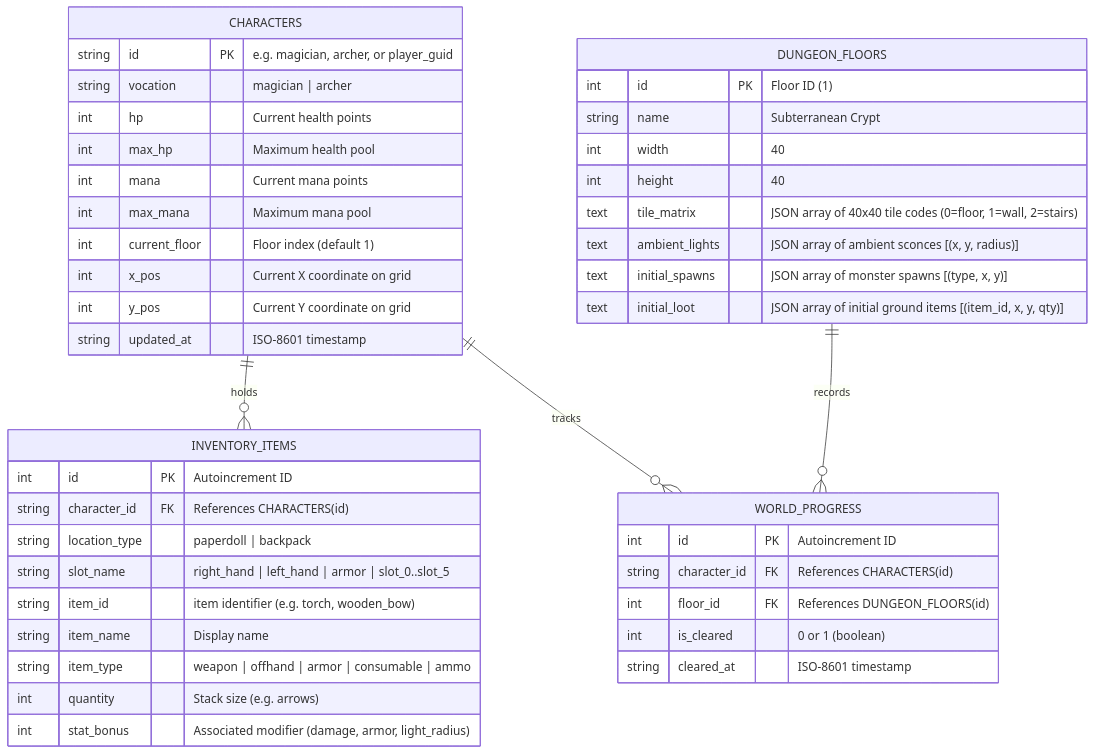
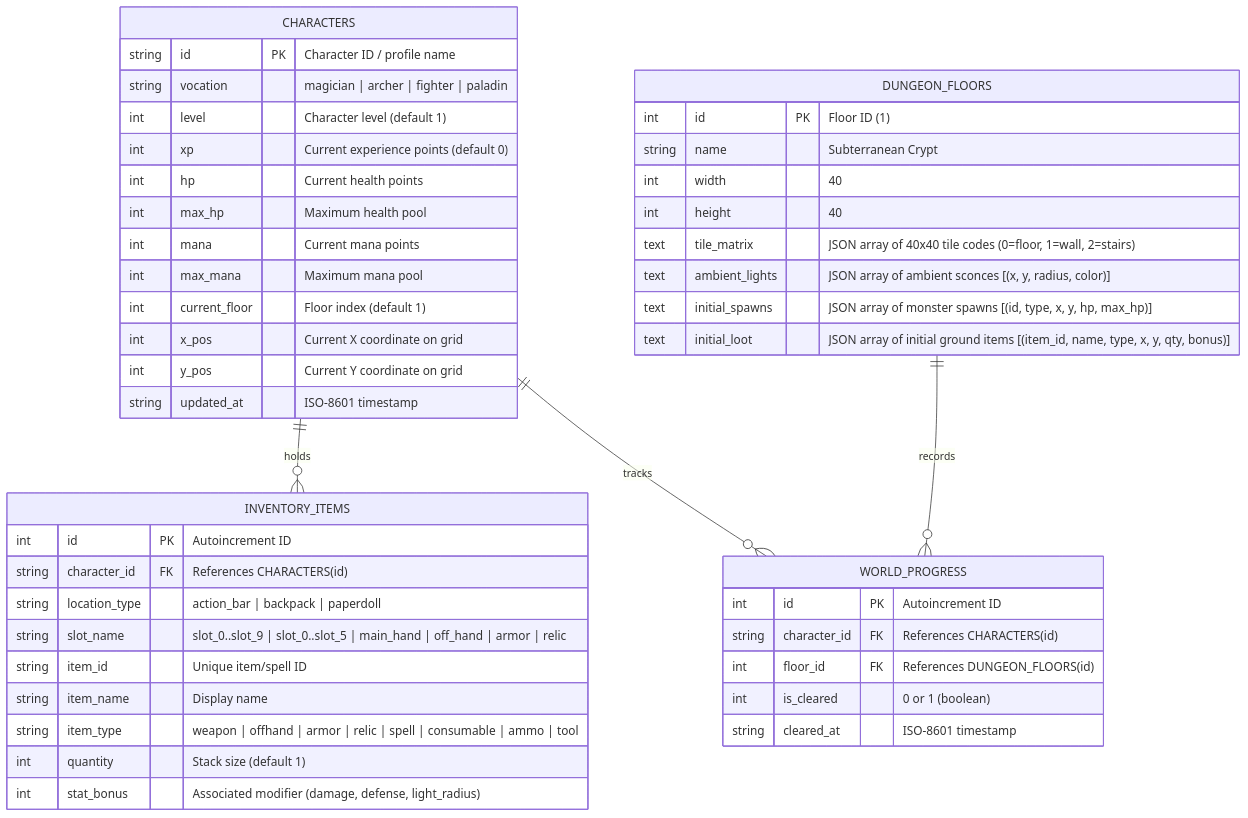
One commit to jpeckenpaugh/lokarta-v2 changed the first of 3 diagrams in docs/architecture.md. Above: the diagram before and after it, drawn with Mermaid. The commit also changed other lines of this file and 1 other file, not shown here.

Commit message:
stage 05: update architecture specification for 10 action slots, 4 vocations, and fate grants

````diff
--- a/docs/architecture.md
+++ b/docs/architecture.md
@@ -140,50 +150,52 @@
 ```mermaid
 erDiagram
     CHARACTERS ||--o{ INVENTORY_ITEMS : "holds"
     CHARACTERS ||--o{ WORLD_PROGRESS : "tracks"
     DUNGEON_FLOORS ||--o{ WORLD_PROGRESS : "records"
 
     CHARACTERS {
-        string id PK "e.g. magician, archer, or player_guid"
-        string vocation "magician | archer"
+        string id PK "Character ID / profile name"
+        string vocation "magician | archer | fighter | paladin"
+        int level "Character level (default 1)"
+        int xp "Current experience points (default 0)"
         int hp "Current health points"
         int max_hp "Maximum health pool"
         int mana "Current mana points"
         int max_mana "Maximum mana pool"
         int current_floor "Floor index (default 1)"
         int x_pos "Current X coordinate on grid"
         int y_pos "Current Y coordinate on grid"
         string updated_at "ISO-8601 timestamp"
     }
 
     INVENTORY_ITEMS {
         int id PK "Autoincrement ID"
         string character_id FK "References CHARACTERS(id)"
-        string location_type "paperdoll | backpack"
-        string slot_name "right_hand | left_hand | armor | slot_0..slot_5"
-        string item_id "item identifier (e.g. torch, wooden_bow)"
+        string location_type "action_bar | backpack | paperdoll"
+        string slot_name "slot_0..slot_9 | slot_0..slot_5 | main_hand | off_hand | armor | relic"
+        string item_id "Unique item/spell ID"
         string item_name "Display name"
-        string item_type "weapon | offhand | armor | consumable | ammo"
-        int quantity "Stack size (e.g. arrows)"
-        int stat_bonus "Associated modifier (damage, armor, light_radius)"
+        string item_type "weapon | offhand | armor | relic | spell | consumable | ammo | tool"
+        int quantity "Stack size (default 1)"
+        int stat_bonus "Associated modifier (damage, defense, light_radius)"
     }
 
     DUNGEON_FLOORS {
         int id PK "Floor ID (1)"
         string name "Subterranean Crypt"
         int width "40"
         int height "40"
         text tile_matrix "JSON array of 40x40 tile codes (0=floor, 1=wall, 2=stairs)"
-        text ambient_lights "JSON array of ambient sconces [(x, y, radius)]"
-        text initial_spawns "JSON array of monster spawns [(type, x, y)]"
-        text initial_loot "JSON array of initial ground items [(item_id, x, y, qty)]"
+        text ambient_lights "JSON array of ambient sconces [(x, y, radius, color)]"
+        text initial_spawns "JSON array of monster spawns [(id, type, x, y, hp, max_hp)]"
+        text initial_loot "JSON array of initial ground items [(item_id, name, type, x, y, qty, bonus)]"
     }
 
     WORLD_PROGRESS {
         int id PK "Autoincrement ID"
         string character_id FK "References CHARACTERS(id)"
         int floor_id FK "References DUNGEON_FLOORS(id)"
         int is_cleared "0 or 1 (boolean)"
         string cleared_at "ISO-8601 timestamp"
     }
 ```
````
